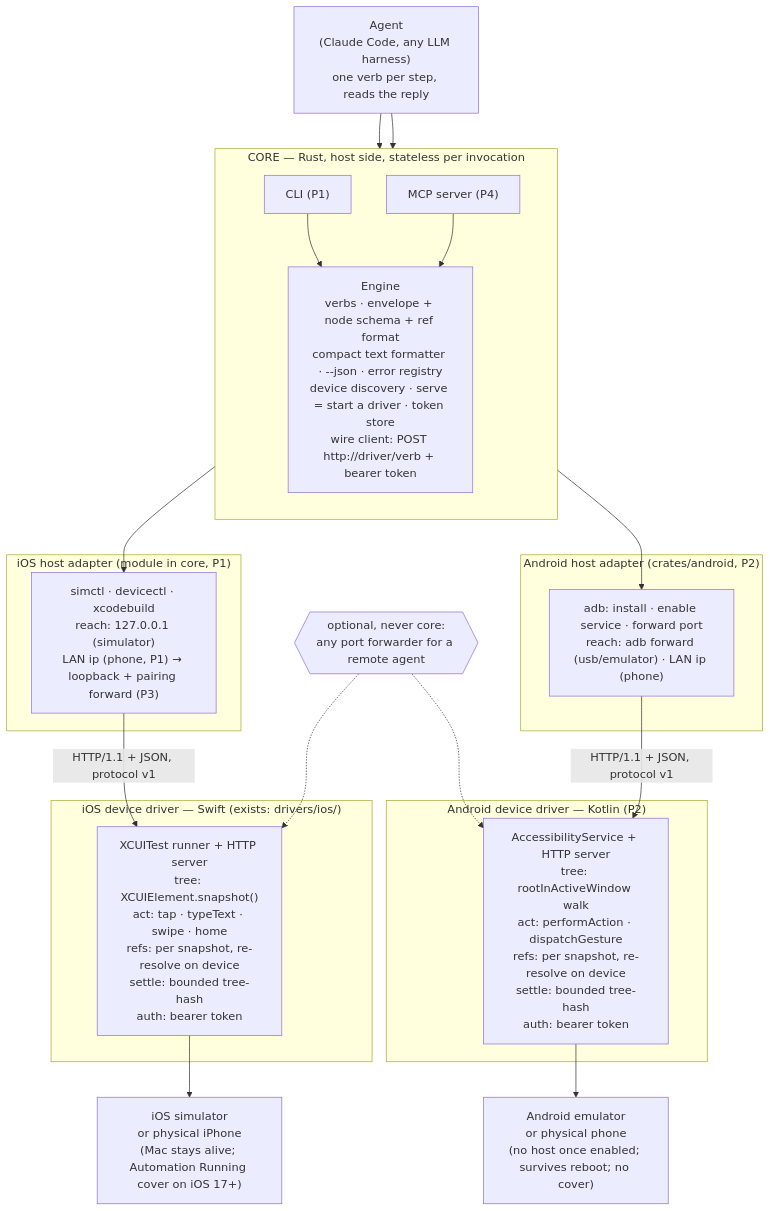
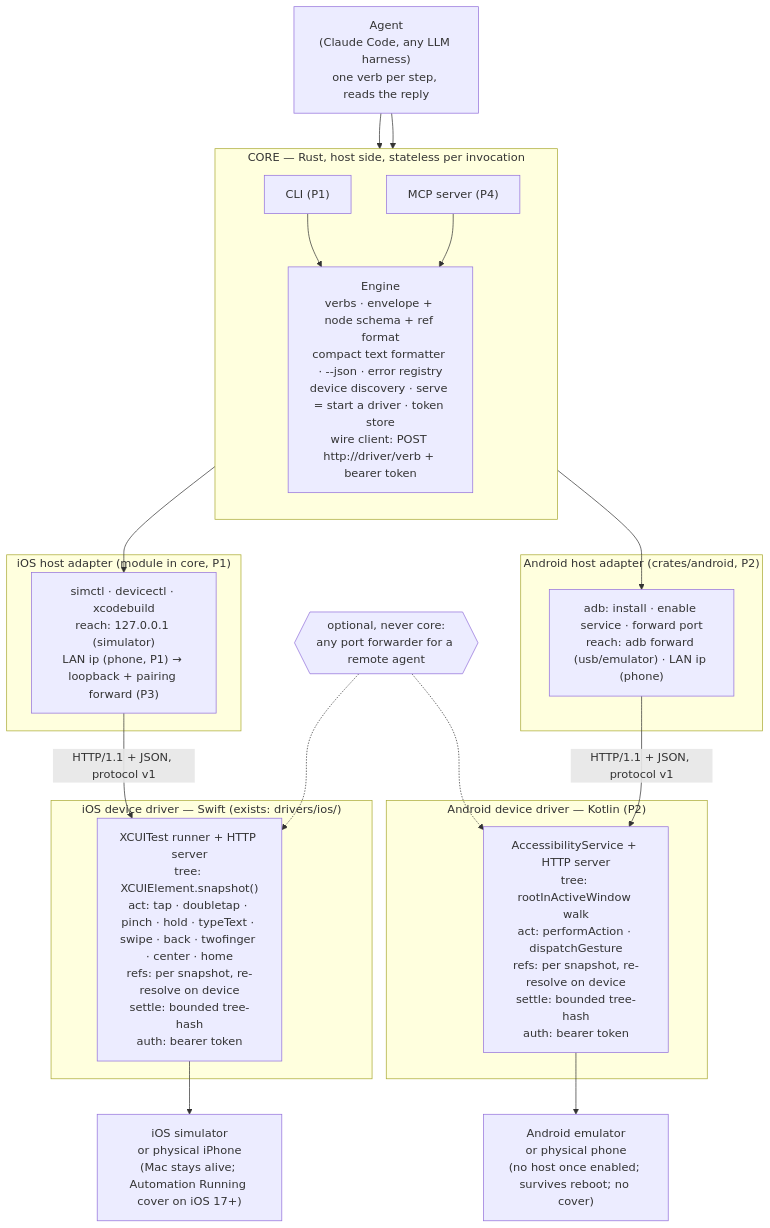
One commit to lahfir/agent-mobile changed the diagram in docs/PRD.md. Above: the diagram before and after it, drawn with Mermaid. The commit also changed other lines of this file and 17 other files, not shown here.

````diff
--- a/docs/PRD.md
+++ b/docs/PRD.md
@@ -60,45 +60,45 @@
 ```mermaid
 flowchart TB
     AGENT["Agent<br/>(Claude Code, any LLM harness)<br/>one verb per step, reads the reply"]
 
     subgraph CORE["CORE — Rust, host side, stateless per invocation"]
         direction TB
         CLI["CLI (P1)"]
         MCP["MCP server (P4)"]
         ENGINE["Engine<br/>verbs · envelope + node schema + ref format<br/>compact text formatter · --json · error registry<br/>device discovery · serve = start a driver · token store<br/>wire client: POST http://driver/verb + bearer token"]
         CLI --> ENGINE
         MCP --> ENGINE
     end
 
     subgraph IOSHOST["iOS host adapter (module in core, P1)"]
         IOSA["simctl · devicectl · xcodebuild<br/>reach: 127.0.0.1 (simulator)<br/>LAN ip (phone, P1) → loopback + pairing forward (P3)"]
     end
 
     subgraph ANDHOST["Android host adapter (crates/android, P2)"]
         ANDA["adb: install · enable service · forward port<br/>reach: adb forward (usb/emulator) · LAN ip (phone)"]
     end
 
     TUNNEL{{"optional, never core:<br/>any port forwarder for a remote agent"}}
 
     subgraph IOSDRV["iOS device driver — Swift (exists: drivers/ios/)"]
-        IOSD["XCUITest runner + HTTP server<br/>tree: XCUIElement.snapshot()<br/>act: tap · typeText · swipe · home<br/>refs: per snapshot, re-resolve on device<br/>settle: bounded tree-hash<br/>auth: bearer token"]
+        IOSD["XCUITest runner + HTTP server<br/>tree: XCUIElement.snapshot()<br/>act: tap · doubletap · pinch · hold · typeText · swipe · back · twofinger · center · home<br/>refs: per snapshot, re-resolve on device<br/>settle: bounded tree-hash<br/>auth: bearer token"]
     end
 
     subgraph ANDDRV["Android device driver — Kotlin (P2)"]
         ANDD["AccessibilityService + HTTP server<br/>tree: rootInActiveWindow walk<br/>act: performAction · dispatchGesture<br/>refs: per snapshot, re-resolve on device<br/>settle: bounded tree-hash<br/>auth: bearer token"]
     end
 
     IOSDEV["iOS simulator<br/>or physical iPhone<br/>(Mac stays alive; Automation Running cover on iOS 17+)"]
     ANDDEV["Android emulator<br/>or physical phone<br/>(no host once enabled; survives reboot; no cover)"]
 
     AGENT --> CLI
     AGENT --> MCP
     ENGINE --> IOSA
     ENGINE --> ANDA
     IOSA -- "HTTP/1.1 + JSON, protocol v1" --> IOSD
     ANDA -- "HTTP/1.1 + JSON, protocol v1" --> ANDD
     TUNNEL -.-> IOSD
     TUNNEL -.-> ANDD
     IOSD --> IOSDEV
     ANDD --> ANDDEV
 ```
````
